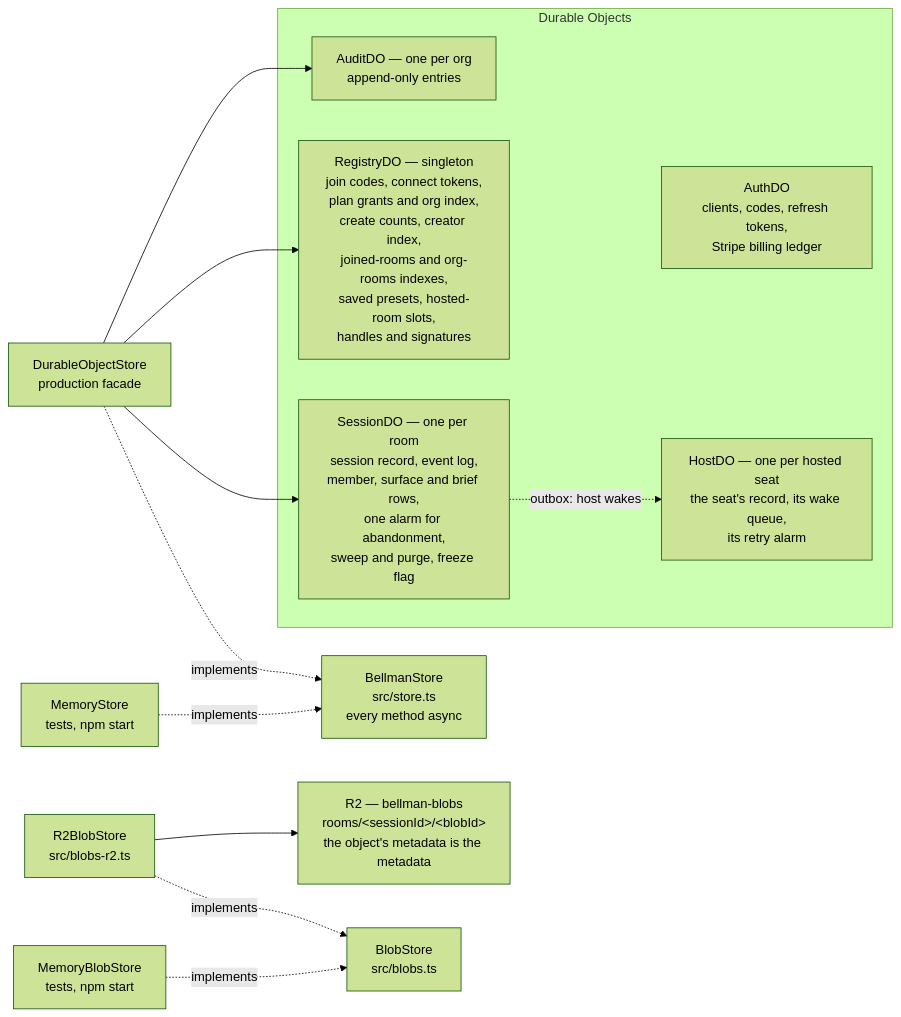
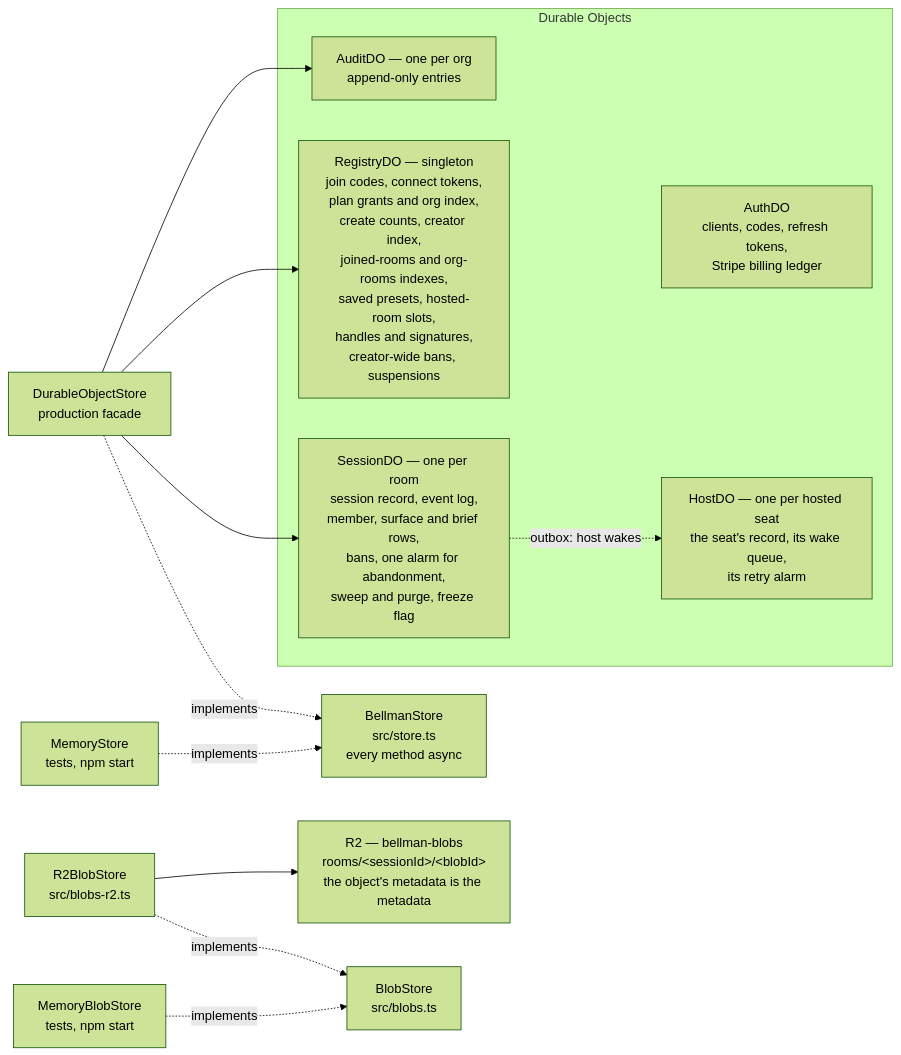
One commit to bellman-sh/bellman changed the fourth of 7 diagrams in docs/ARCHITECTURE.md. Above: the diagram before and after it, drawn with Mermaid (forest theme). The commit also changed other lines of this file and 2 other files, not shown here.

Commit message:
ADR 0022, and the docs for bans and suspension

````diff
--- a/docs/ARCHITECTURE.md
+++ b/docs/ARCHITECTURE.md
@@ -447,26 +447,26 @@
 ```mermaid
 flowchart LR
     BS["BellmanStore<br/>src/store.ts<br/>every method async"]
     MEM["MemoryStore<br/>tests, npm start"] -.implements.-> BS
     DOS["DurableObjectStore<br/>production facade"] -.implements.-> BS
 
     DOS --> SDO
     DOS --> RDO
     DOS --> ADO
 
     subgraph objects["Durable Objects"]
-        SDO["SessionDO — one per room<br/>session record, event log,<br/>member, surface and brief rows,<br/>one alarm for abandonment,<br/>sweep and purge, freeze flag"]
-        RDO["RegistryDO — singleton<br/>join codes, connect tokens,<br/>plan grants and org index,<br/>create counts, creator index,<br/>joined-rooms and org-rooms indexes,<br/>saved presets, hosted-room slots,<br/>handles and signatures"]
+        SDO["SessionDO — one per room<br/>session record, event log,<br/>member, surface and brief rows,<br/>bans, one alarm for abandonment,<br/>sweep and purge, freeze flag"]
+        RDO["RegistryDO — singleton<br/>join codes, connect tokens,<br/>plan grants and org index,<br/>create counts, creator index,<br/>joined-rooms and org-rooms indexes,<br/>saved presets, hosted-room slots,<br/>handles and signatures,<br/>creator-wide bans, suspensions"]
         ADO["AuditDO — one per org<br/>append-only entries"]
         AUTH["AuthDO<br/>clients, codes, refresh tokens,<br/>Stripe billing ledger"]
         HDO["HostDO — one per hosted seat<br/>the seat's record, its wake queue,<br/>its retry alarm"]
     end
 
     SDO -.->|"outbox: host wakes"| HDO
 
     BLOB["BlobStore<br/>src/blobs.ts"]
     R2["R2 — bellman-blobs<br/>rooms/&lt;sessionId&gt;/&lt;blobId&gt;<br/>the object's metadata is the metadata"]
     MEMB["MemoryBlobStore<br/>tests, npm start"] -.implements.-> BLOB
     R2S["R2BlobStore<br/>src/blobs-r2.ts"] -.implements.-> BLOB
     R2S --> R2
 ```
````
